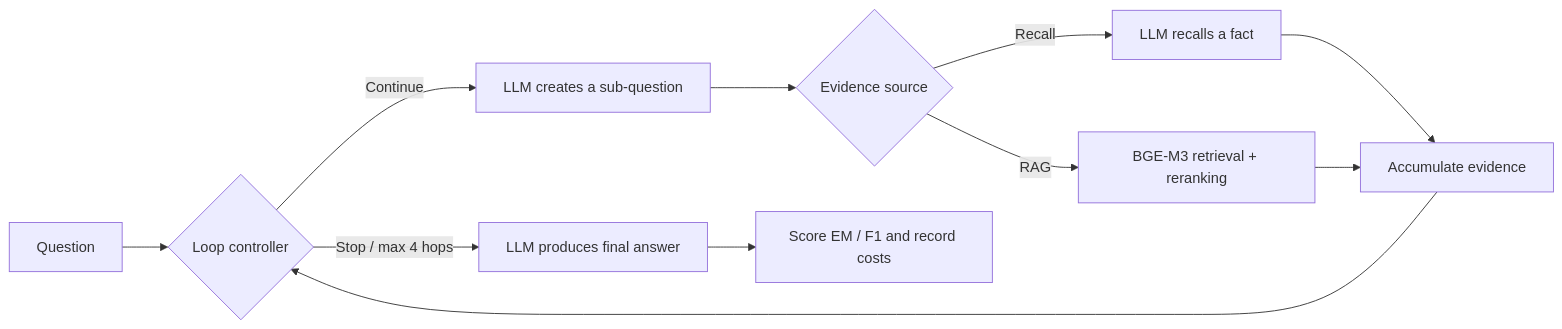
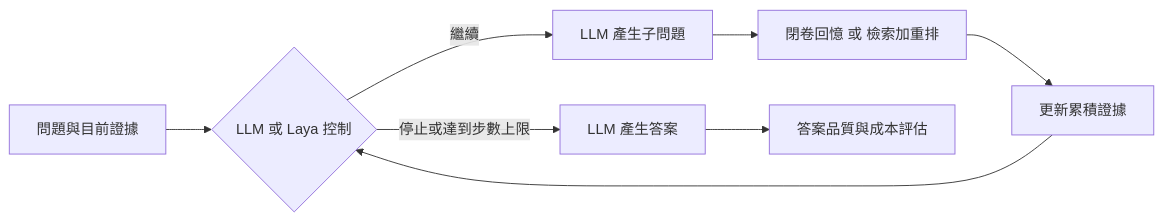
The diagram in README.md (RoyalMilkteaMaster/laya-model-research), drawn with Mermaid before and after one commit. The commit also changed other lines of this file and 13 other files, not shown here.

````diff
--- a/README.md
+++ b/README.md
@@ -22,13 +54,10 @@
 ```mermaid
 flowchart LR
-  Q[Question] --> C{Loop controller}
-  C -->|Continue| L[LLM creates a sub-question]
-  L --> E{Evidence source}
-  E -->|Recall| M[LLM recalls a fact]
-  E -->|RAG| R[BGE-M3 retrieval + reranking]
-  M --> A[Accumulate evidence]
-  R --> A
-  A --> C
-  C -->|Stop / max 4 hops| F[LLM produces final answer]
-  F --> S[Score EM / F1 and record costs]
+    Q[問題與目前證據] --> C{LLM 或 Laya 控制}
+    C -->|繼續| D[LLM 產生子問題]
+    D --> E[閉卷回憶 或 檢索加重排]
+    E --> U[更新累積證據]
+    U --> C
+    C -->|停止或達到步數上限| A[LLM 產生答案]
+    A --> M[答案品質與成本評估]
 ```
````
